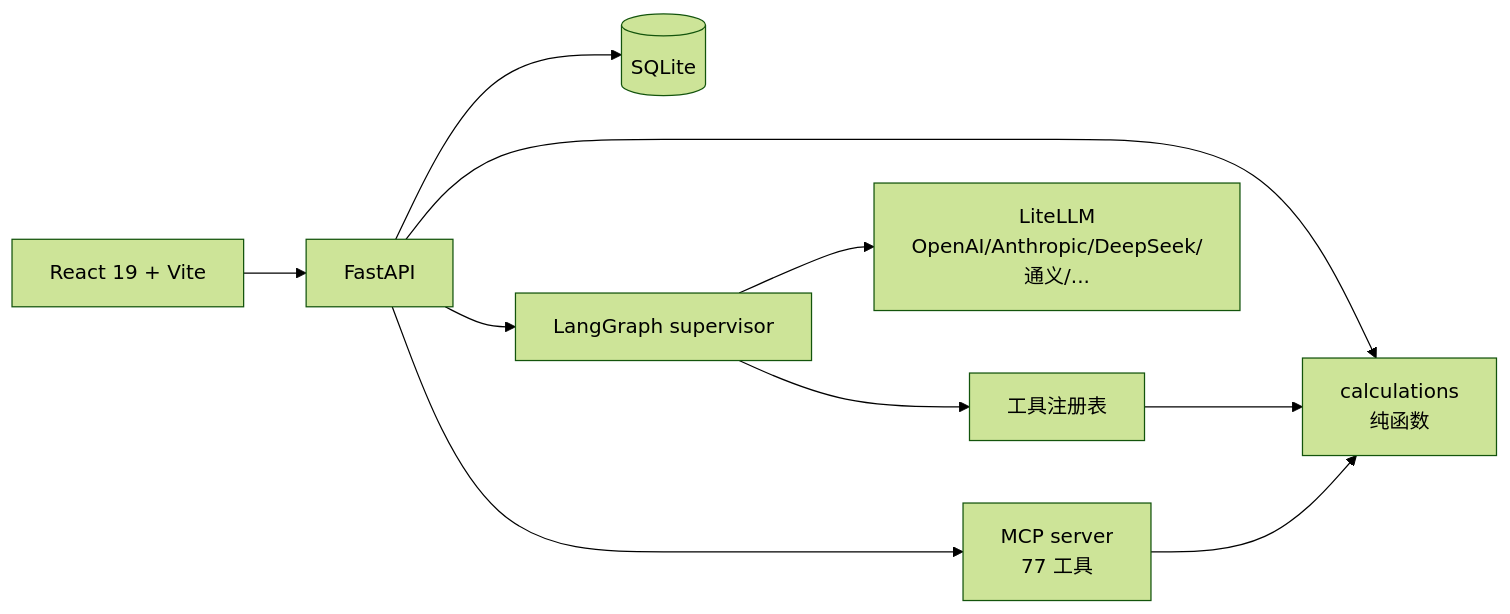
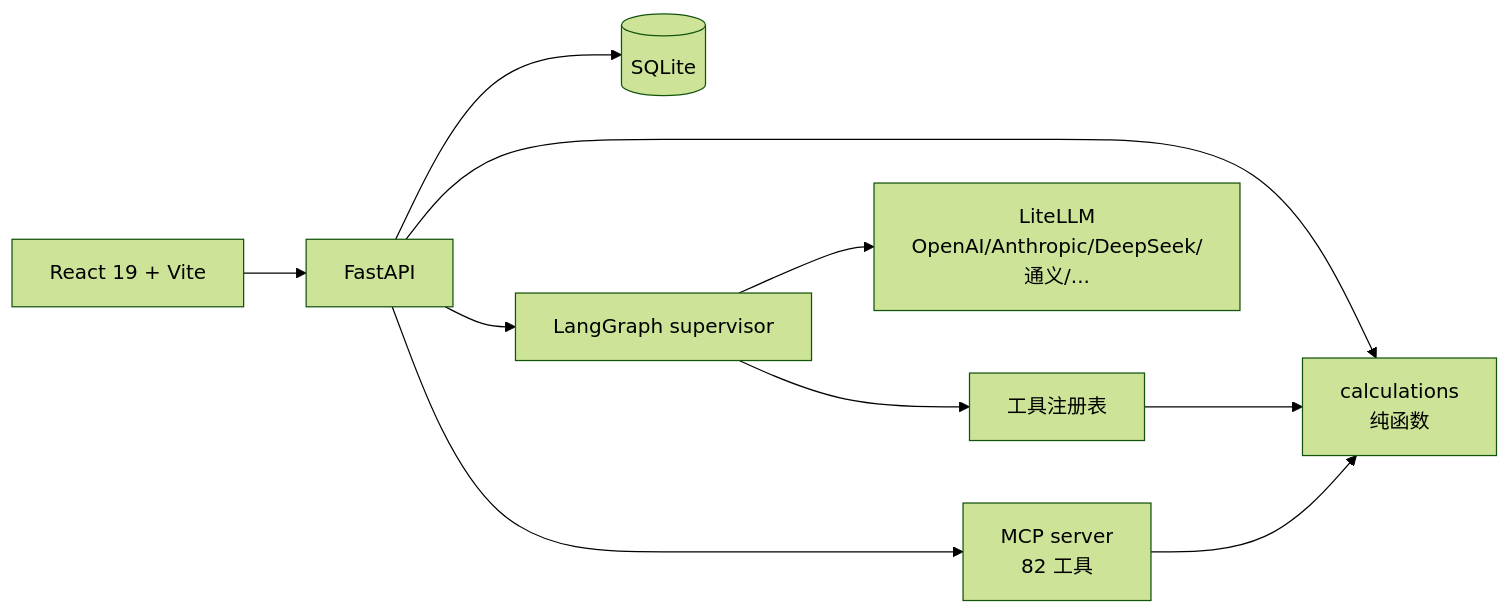
One commit to badhope/moneyhelper changed the diagram in README.zh.md. Above: the diagram before and after it, drawn with Mermaid (forest theme). The commit also changed other lines of this file and 15 other files, not shown here.

````diff
--- a/README.zh.md
+++ b/README.zh.md
@@ -124,12 +125,12 @@
 ```mermaid
 flowchart LR
   UI[React 19 + Vite] --> API[FastAPI]
   API --> CALC[calculations<br/>纯函数]
   API --> DB[(SQLite)]
   API --> AGENT[LangGraph supervisor]
   AGENT --> TOOLS[工具注册表]
   TOOLS --> CALC
   AGENT --> LLM[LiteLLM<br/>OpenAI/Anthropic/DeepSeek/通义/...]
-  API --> MCP[MCP server<br/>77 工具]
+  API --> MCP[MCP server<br/>82 工具]
   MCP --> CALC
 ```
````
